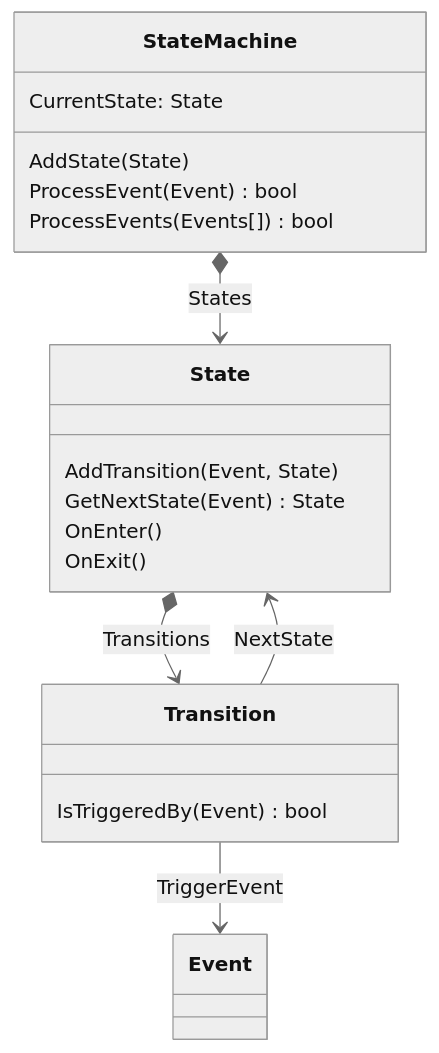
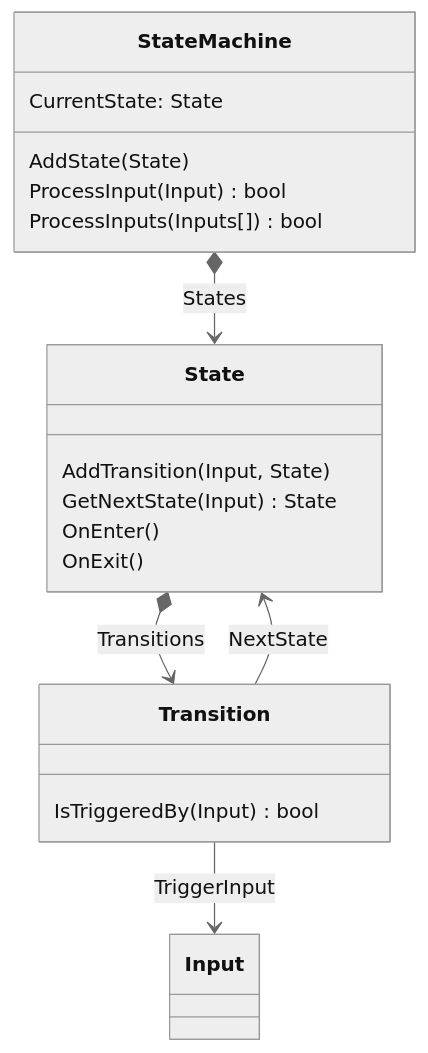
One commit to ucudal/PII_FSM_End changed the second of 2 diagrams in README.md. Above: the diagram before and after it, drawn with Mermaid (neutral theme). The commit also changed other lines of this file and 32 other files, not shown here.

````diff
--- a/README.md
+++ b/README.md
@@ -102,29 +104,29 @@
 ```mermaid
 classDiagram
     class StateMachine {
         CurrentState: State
         AddState(State)
-        ProcessEvent(Event) bool
-        ProcessEvents(Events[]) bool
+        ProcessInput(Input) bool
+        ProcessInputs(Inputs[]) bool
     }
 
     class State {
-        AddTransition(Event, State)
-        GetNextState(Event) State
+        AddTransition(Input, State)
+        GetNextState(Input) State
         OnEnter()
         OnExit()
     }
 
     StateMachine *--> State : States
 
-    class Event {
+    class Input {
     }
 
     class Transition {
-        IsTriggeredBy(Event) bool
+        IsTriggeredBy(Input) bool
     }
 
     Transition --> State : NextState
-    Transition --> Event : TriggerEvent
+    Transition --> Input : TriggerInput
     State *--> Transition : Transitions
 ```
````
